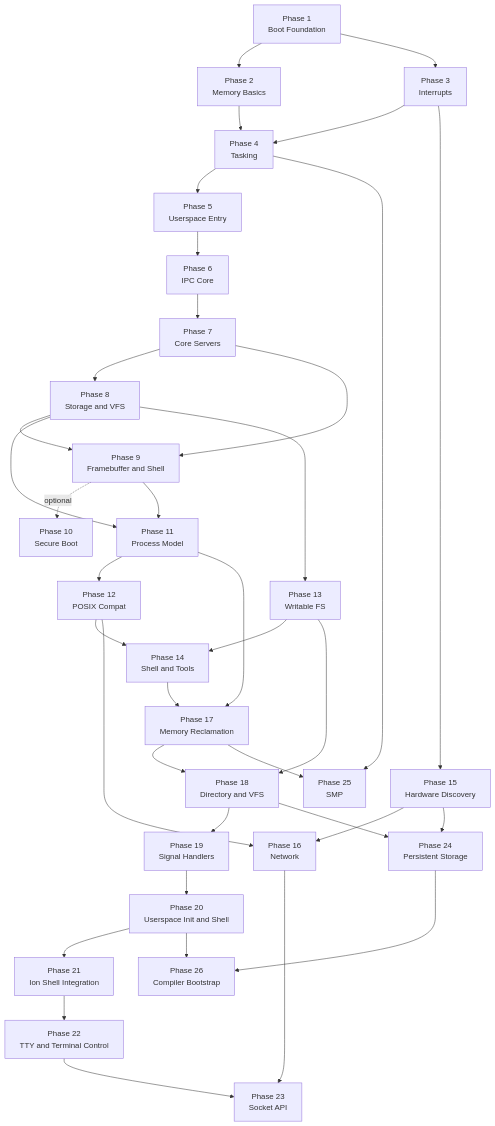
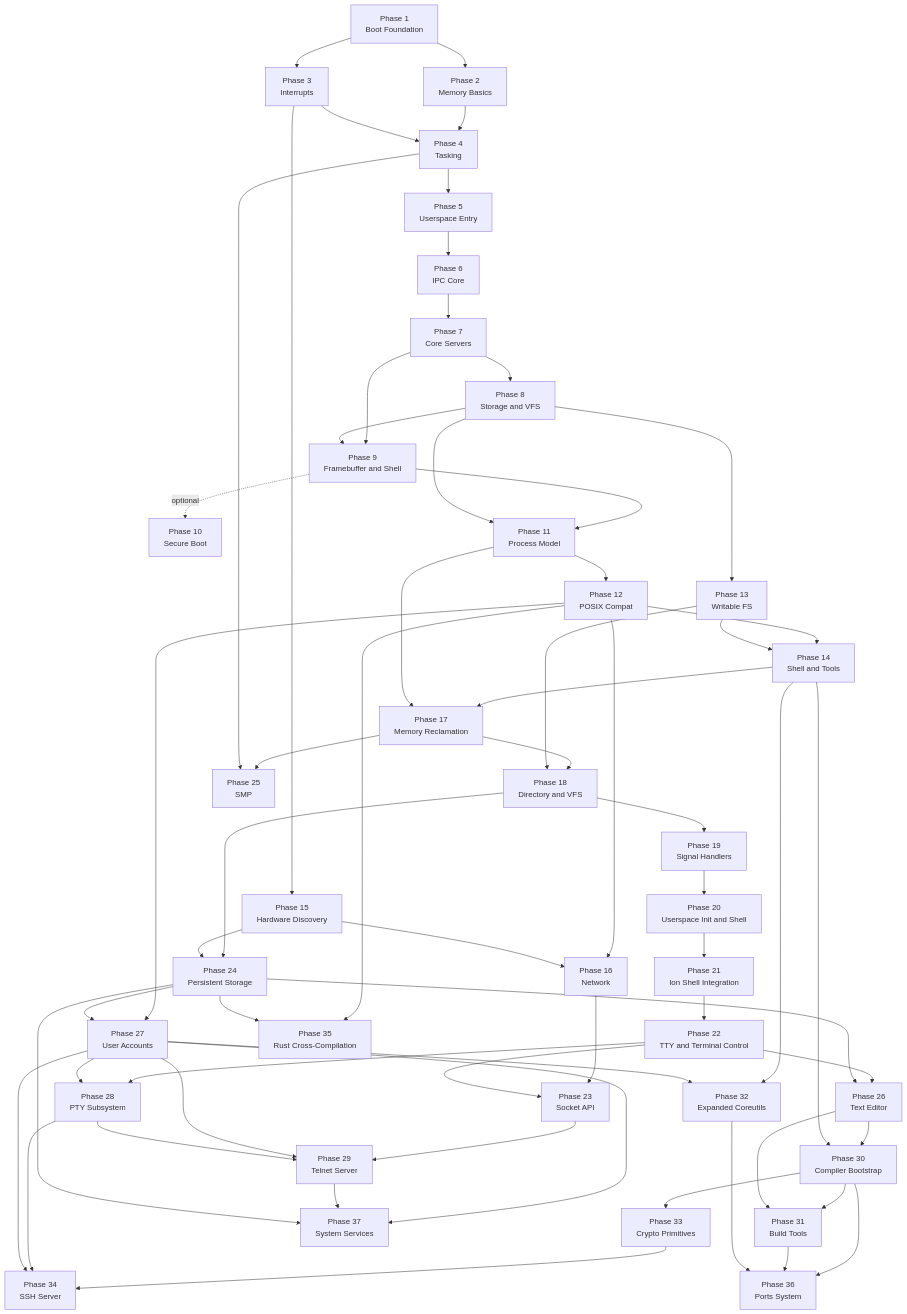
One commit to mikecubed/m3OS changed the first of 2 diagrams in docs/roadmap/README.md. Above: the diagram before and after it, drawn with Mermaid. The commit also changed other lines of this file and 13 other files, not shown here.

First line of the commit message:
docs: New productivity roadmap (Phases 26-37)

````diff
--- a/docs/roadmap/README.md
+++ b/docs/roadmap/README.md
@@ -27,49 +29,76 @@
 ```mermaid
 flowchart TD
     P1["Phase 1<br/>Boot Foundation"]
     P2["Phase 2<br/>Memory Basics"]
     P3["Phase 3<br/>Interrupts"]
     P4["Phase 4<br/>Tasking"]
     P5["Phase 5<br/>Userspace Entry"]
     P6["Phase 6<br/>IPC Core"]
     P7["Phase 7<br/>Core Servers"]
     P8["Phase 8<br/>Storage and VFS"]
     P9["Phase 9<br/>Framebuffer and Shell"]
 
     P1 --> P2
     P1 --> P3
     P2 --> P4
     P3 --> P4
     P4 --> P5
     P5 --> P6
     P6 --> P7
     P7 --> P8
     P7 --> P9
     P8 --> P9
     P9 -.->|optional| P10["Phase 10<br/>Secure Boot"]
     P9 --> P11["Phase 11<br/>Process Model"]
     P8 --> P11
     P11 --> P12["Phase 12<br/>POSIX Compat"]
     P8 --> P13["Phase 13<br/>Writable FS"]
     P12 --> P14["Phase 14<br/>Shell and Tools"]
     P13 --> P14
     P3 --> P15["Phase 15<br/>Hardware Discovery"]
     P12 --> P16["Phase 16<br/>Network"]
     P15 --> P16
     P14 --> P17["Phase 17<br/>Memory Reclamation"]
     P11 --> P17
     P17 --> P18["Phase 18<br/>Directory and VFS"]
     P13 --> P18
     P18 --> P19["Phase 19<br/>Signal Handlers"]
     P19 --> P20["Phase 20<br/>Userspace Init and Shell"]
     P20 --> P21["Phase 21<br/>Ion Shell Integration"]
     P21 --> P22["Phase 22<br/>TTY and Terminal Control"]
     P16 --> P23["Phase 23<br/>Socket API"]
     P22 --> P23
     P18 --> P24["Phase 24<br/>Persistent Storage"]
     P15 --> P24
     P17 --> P25["Phase 25<br/>SMP"]
     P4 --> P25
-    P20 --> P26["Phase 26<br/>Compiler Bootstrap"]
+
+    %% Productivity phases
+    P22 --> P26["Phase 26<br/>Text Editor"]
     P24 --> P26
+    P12 --> P27["Phase 27<br/>User Accounts"]
+    P24 --> P27
+    P22 --> P28["Phase 28<br/>PTY Subsystem"]
+    P27 --> P28
+    P23 --> P29["Phase 29<br/>Telnet Server"]
+    P27 --> P29
+    P28 --> P29
+    P26 --> P30["Phase 30<br/>Compiler Bootstrap"]
+    P14 --> P30
+    P30 --> P31["Phase 31<br/>Build Tools"]
+    P26 --> P31
+    P14 --> P32["Phase 32<br/>Expanded Coreutils"]
+    P27 --> P32
+    P30 --> P33["Phase 33<br/>Crypto Primitives"]
+    P33 --> P34["Phase 34<br/>SSH Server"]
+    P28 --> P34
+    P27 --> P34
+    P12 --> P35["Phase 35<br/>Rust Cross-Compilation"]
+    P24 --> P35
+    P30 --> P36["Phase 36<br/>Ports System"]
+    P31 --> P36
+    P32 --> P36
+    P27 --> P37["Phase 37<br/>System Services"]
+    P29 --> P37
+    P24 --> P37
 ```
````
